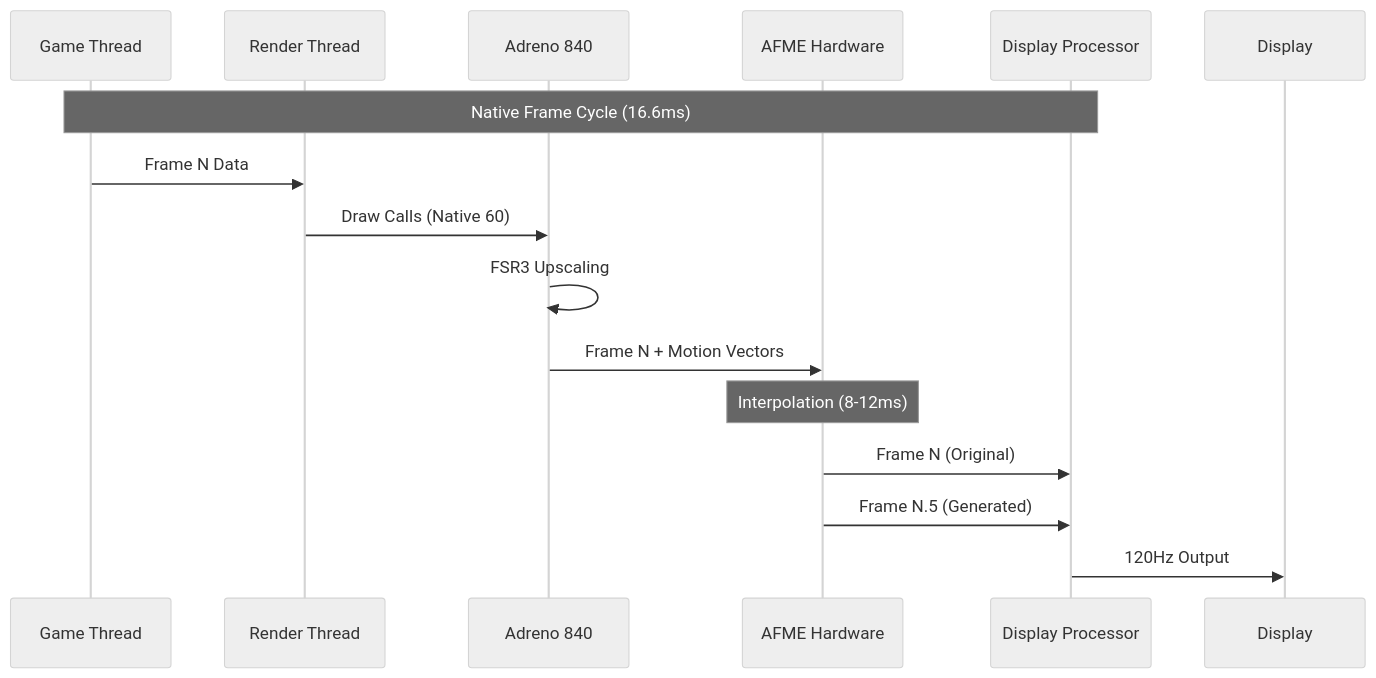
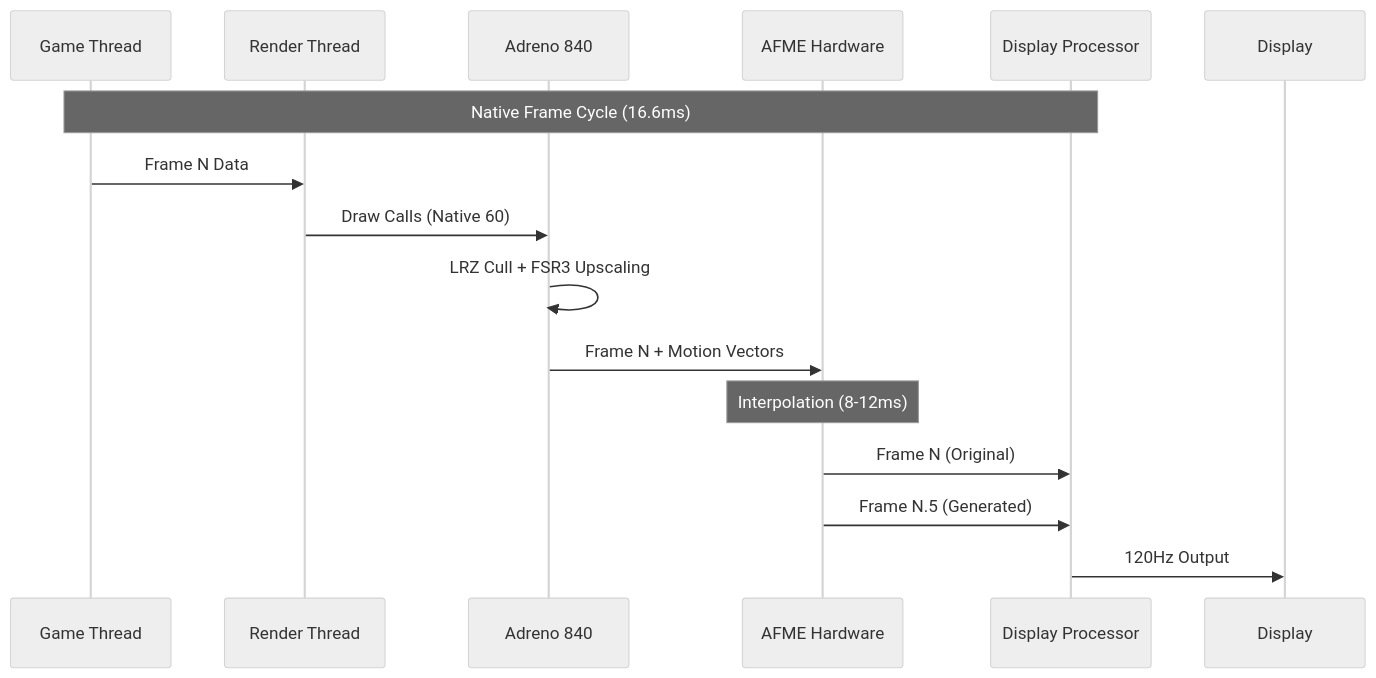
The second of 3 diagrams in README.md (tuanhung303/mobile-wuwa-configs), drawn with Mermaid (neutral theme) before and after one commit. The commit also changed other lines of this file and 4 other files, not shown here.

````diff
--- a/README.md
+++ b/README.md
@@ -47,18 +86,18 @@
 ```mermaid
 sequenceDiagram
     participant GT as Game Thread
     participant RT as Render Thread
     participant GPU as Adreno 840
     participant AFME as AFME Hardware
     participant DSP as Display Processor
 
     Note over GT, DSP: Native Frame Cycle (16.6ms)
     GT->>RT: Frame N Data
     RT->>GPU: Draw Calls (Native 60)
-    GPU->>GPU: FSR3 Upscaling
+    GPU->>GPU: LRZ Cull + FSR3 Upscaling
     GPU->>AFME: Frame N + Motion Vectors
     Note over AFME: Interpolation (8-12ms)
     AFME->>DSP: Frame N (Original)
     AFME->>DSP: Frame N.5 (Generated)
     DSP->>Display: 120Hz Output
 ```
````
